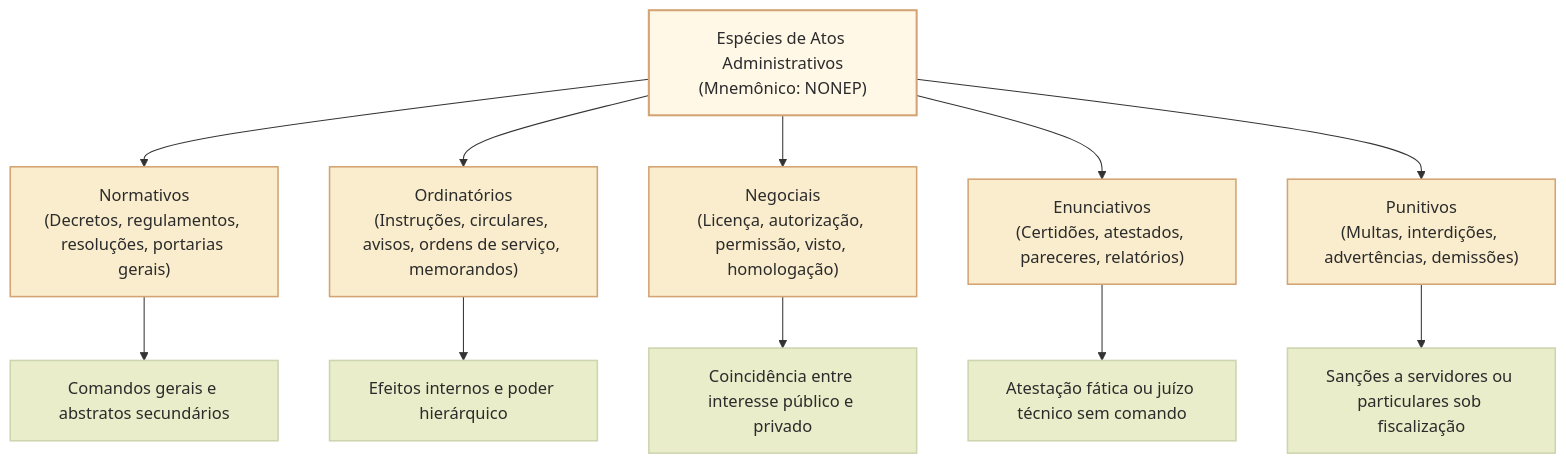
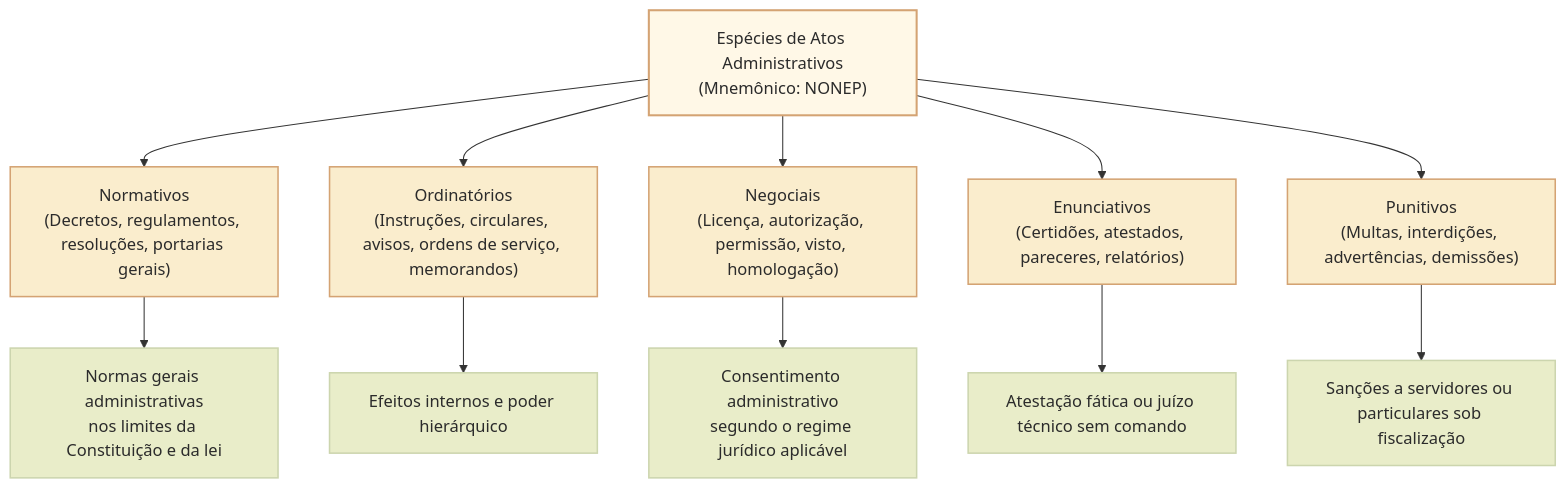
The first of 3 diagrams in 3 - Materias/Direito Administrativo/16 - classificacoes e especies de atos administrativos.md (leorruas/concursos), drawn with Mermaid before and after one commit. The commit also changed other lines of this file, not shown here.

Commit message:
docs(DAD16): esclarecer classificações e corrigir diagramas de atos negociais

````diff
--- a/3 - Materias/Direito Administrativo/16 - classificacoes e especies de atos administrativos.md
+++ b/3 - Materias/Direito Administrativo/16 - classificacoes e especies de atos administrativos.md
@@ -22,20 +22,20 @@
 ```mermaid
 flowchart TD
     classDef raiz fill:#fff8e7,stroke:#d4a373,stroke-width:2px,color:#2b2b2b;
     classDef especie fill:#faedcd,stroke:#d4a373,stroke-width:1.5px,color:#2b2b2b;
     classDef detalhe fill:#e9edc9,stroke:#ccd5ae,stroke-width:1.5px,color:#2b2b2b;
 
     A["Espécies de Atos Administrativos<br/>(Mnemônico: NONEP)"]:::raiz
 
     A --> B["Normativos<br/>(Decretos, regulamentos, resoluções, portarias gerais)"]:::especie
     A --> C["Ordinatórios<br/>(Instruções, circulares, avisos, ordens de serviço, memorandos)"]:::especie
     A --> D["Negociais<br/>(Licença, autorização, permissão, visto, homologação)"]:::especie
     A --> E["Enunciativos<br/>(Certidões, atestados, pareceres, relatórios)"]:::especie
     A --> F["Punitivos<br/>(Multas, interdições, advertências, demissões)"]:::especie
 
-    B --> B1["Comandos gerais e abstratos secundários"]:::detalhe
+    B --> B1["Normas gerais administrativas<br/>nos limites da Constituição e da lei"]:::detalhe
     C --> C1["Efeitos internos e poder hierárquico"]:::detalhe
-    D --> D1["Coincidência entre interesse público e privado"]:::detalhe
+    D --> D1["Consentimento administrativo<br/>segundo o regime jurídico aplicável"]:::detalhe
     E --> E1["Atestação fática ou juízo técnico sem comando"]:::detalhe
     F --> F1["Sanções a servidores ou particulares sob fiscalização"]:::detalhe
 ```
````
